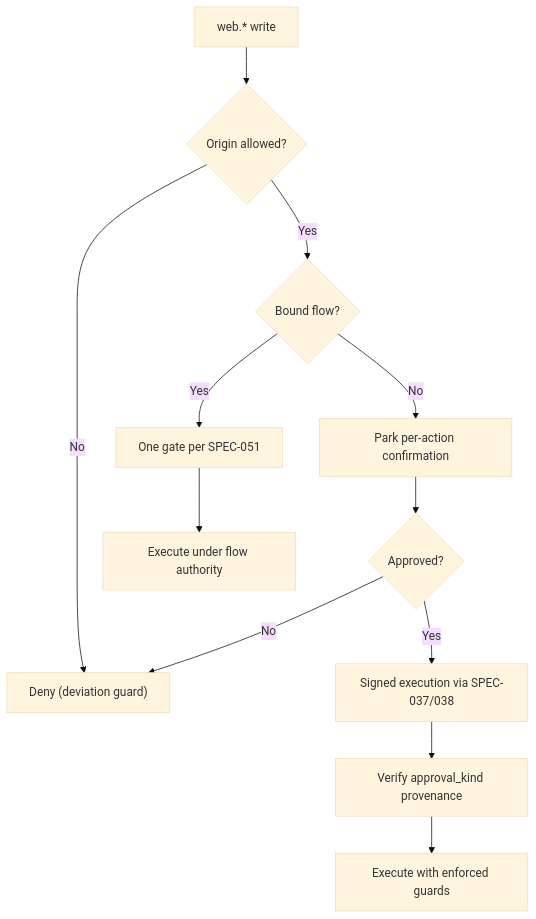
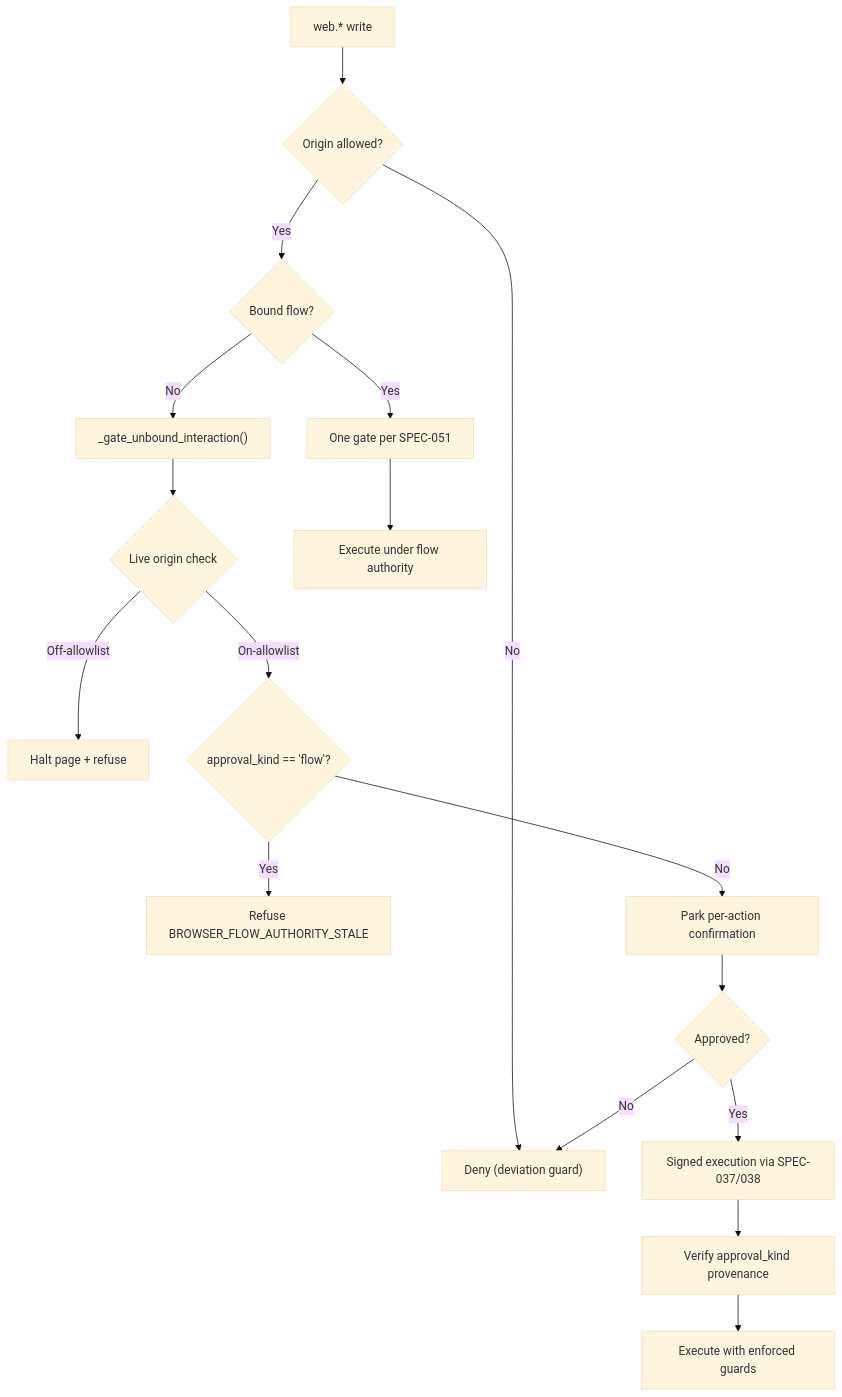
Before and after one commit to metasync/luban-aiops: the fourth of 10 diagrams in .qoder/repowiki/en/content/Architecture Documentation/SPEC-054_ Action-Level Approval and Change Request Card.md, drawn with Mermaid (base theme). The commit also changed other lines of this file and 47 other files, not shown here.

````diff
--- a/.qoder/repowiki/en/content/Architecture Documentation/SPEC-054_ Action-Level Approval and Change Request Card.md
+++ b/.qoder/repowiki/en/content/Architecture Documentation/SPEC-054_ Action-Level Approval and Change Request Card.md
@@ -190,14 +178,19 @@
 ```mermaid
 flowchart TD
 A["web.* write"] --> B{"Origin allowed?"}
 B --> |No| Deny["Deny (deviation guard)"]
 B --> |Yes| C{"Bound flow?"}
 C --> |Yes| FlowGate["One gate per SPEC-051"]
-C --> |No| Park["Park per-action confirmation"]
+C --> |No| GateUnbound["_gate_unbound_interaction()"]
+GateUnbound --> D{"Live origin check"}
+D --> |Off-allowlist| Halt["Halt page + refuse"]
+D --> |On-allowlist| E{"approval_kind == 'flow'?"}
+E --> |Yes| Stale["Refuse BROWSER_FLOW_AUTHORITY_STALE"]
+E --> |No| Park["Park per-action confirmation"]
 Park --> Approve{"Approved?"}
 Approve --> |Yes| SignExec["Signed execution via SPEC-037/038"]
 Approve --> |No| Deny
 FlowGate --> Exec["Execute under flow authority"]
 SignExec --> Verify["Verify approval_kind provenance"]
 Verify --> Execute["Execute with enforced guards"]
 ```
````
